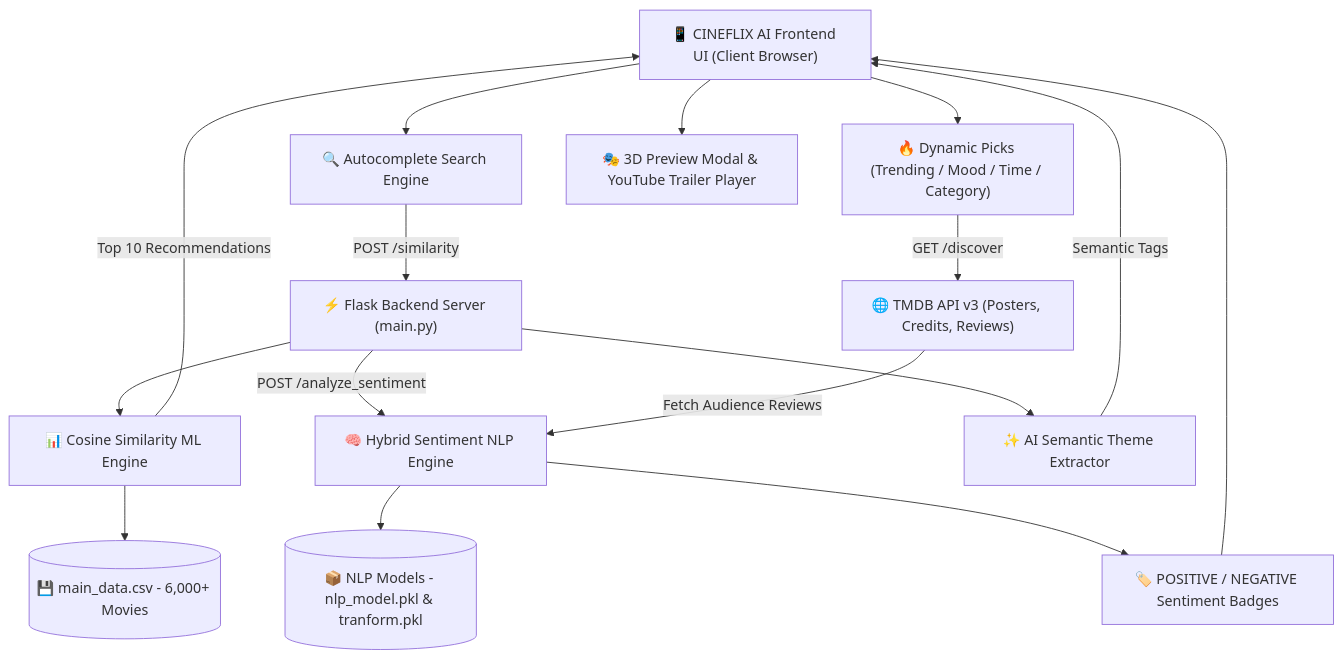
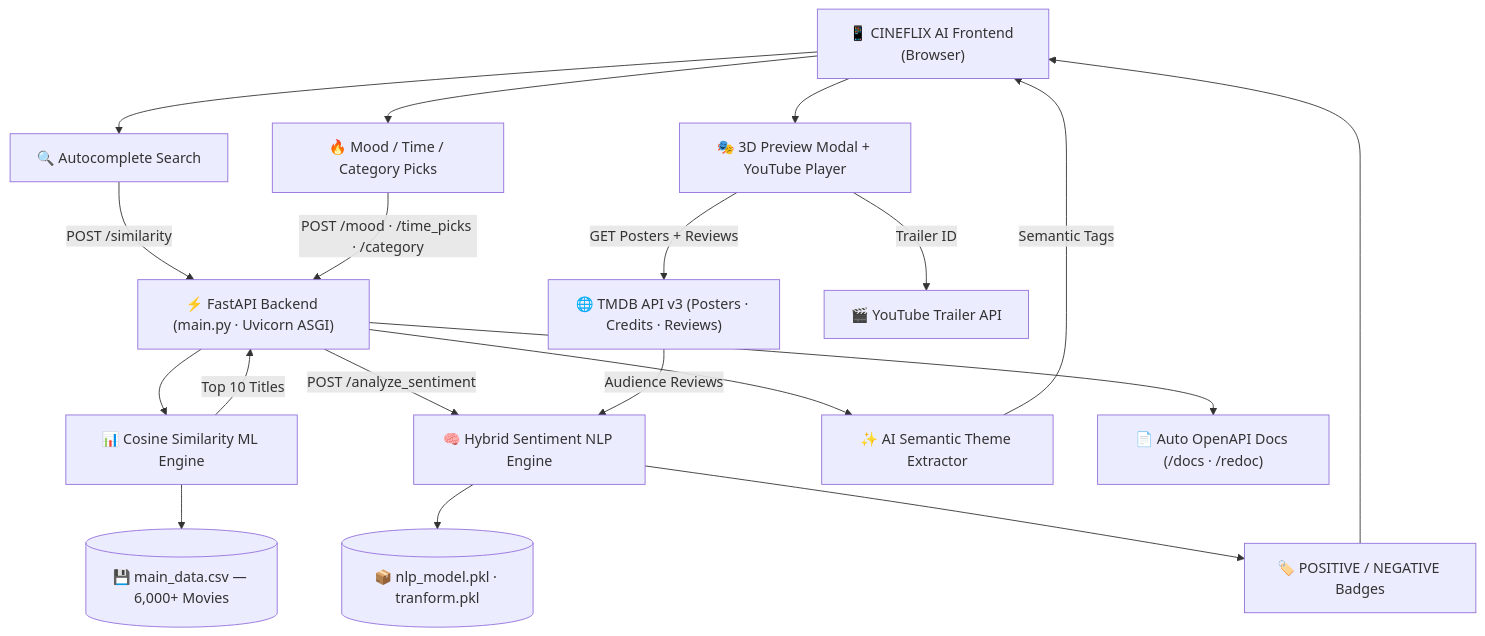
The diagram in README.md (Prakhar2628/Movie-Recommendation-System-using-Sentiment-Analysis), drawn with Mermaid before and after one commit. The commit also changed other lines of this file and 4 other files, not shown here.

Commit message:
feat: migrate backend to FastAPI and implement dynamic reviewer personas

````diff
--- a/README.md
+++ b/README.md
@@ -85,37 +88,42 @@
 ```mermaid
 graph TD
-    UI["📱 CINEFLIX AI Frontend UI (Client Browser)"]
-    Search["🔍 Autocomplete Search Engine"]
-    Picks["🔥 Dynamic Picks (Trending / Mood / Time / Category)"]
-    QuickView["🎭 3D Preview Modal & YouTube Trailer Player"]
-    
-    Flask["⚡ Flask Backend Server (main.py)"]
-    TMDB["🌐 TMDB API v3 (Posters, Credits, Reviews)"]
-    
+    UI["📱 CINEFLIX AI Frontend (Browser)"]
+    Search["🔍 Autocomplete Search"]
+    Picks["🔥 Mood / Time / Category Picks"]
+    QuickView["🎭 3D Preview Modal + YouTube Player"]
+
+    FastAPI["⚡ FastAPI Backend (main.py · Uvicorn ASGI)"]
+    TMDB["🌐 TMDB API v3 (Posters · Credits · Reviews)"]
+    YouTube["🎬 YouTube Trailer API"]
+
     Cosine["📊 Cosine Similarity ML Engine"]
-    Dataset[("💾 main_data.csv - 6,000+ Movies")]
-    
+    Dataset[("💾 main_data.csv — 6,000+ Movies")]
+
     NLP["🧠 Hybrid Sentiment NLP Engine"]
-    Models[("📦 NLP Models - nlp_model.pkl & tranform.pkl")]
-    Badges["🏷️ POSITIVE / NEGATIVE Sentiment Badges"]
-    
+    NLPModels[("📦 nlp_model.pkl · tranform.pkl")]
+    Badges["🏷️ POSITIVE / NEGATIVE Badges"]
+
     Theme["✨ AI Semantic Theme Extractor"]
+    Docs["📄 Auto OpenAPI Docs (/docs · /redoc)"]
 
     UI --> Search
     UI --> Picks
     UI --> QuickView
-    
-    Search -->|"POST /similarity"| Flask
-    Picks -->|"GET /discover"| TMDB
-    
-    Flask --> Cosine
+
+    Search -->|"POST /similarity"| FastAPI
+    Picks -->|"POST /mood · /time_picks · /category"| FastAPI
+    QuickView -->|"GET Posters + Reviews"| TMDB
+    QuickView -->|"Trailer ID"| YouTube
+
+    FastAPI --> Cosine
     Cosine --> Dataset
-    Cosine -->|"Top 10 Recommendations"| UI
-    
-    Flask -->|"POST /analyze_sentiment"| NLP
-    TMDB -->|"Fetch Audience Reviews"| NLP
-    NLP --> Models
+    Cosine -->|"Top 10 Titles"| FastAPI
+
+    FastAPI -->|"POST /analyze_sentiment"| NLP
+    TMDB -->|"Audience Reviews"| NLP
+    NLP --> NLPModels
     NLP --> Badges --> UI
-    
-    Flask --> Theme -->|"Semantic Tags"| UI
+
+    FastAPI --> Theme -->|"Semantic Tags"| UI
+    FastAPI --> Docs
 ```
````
